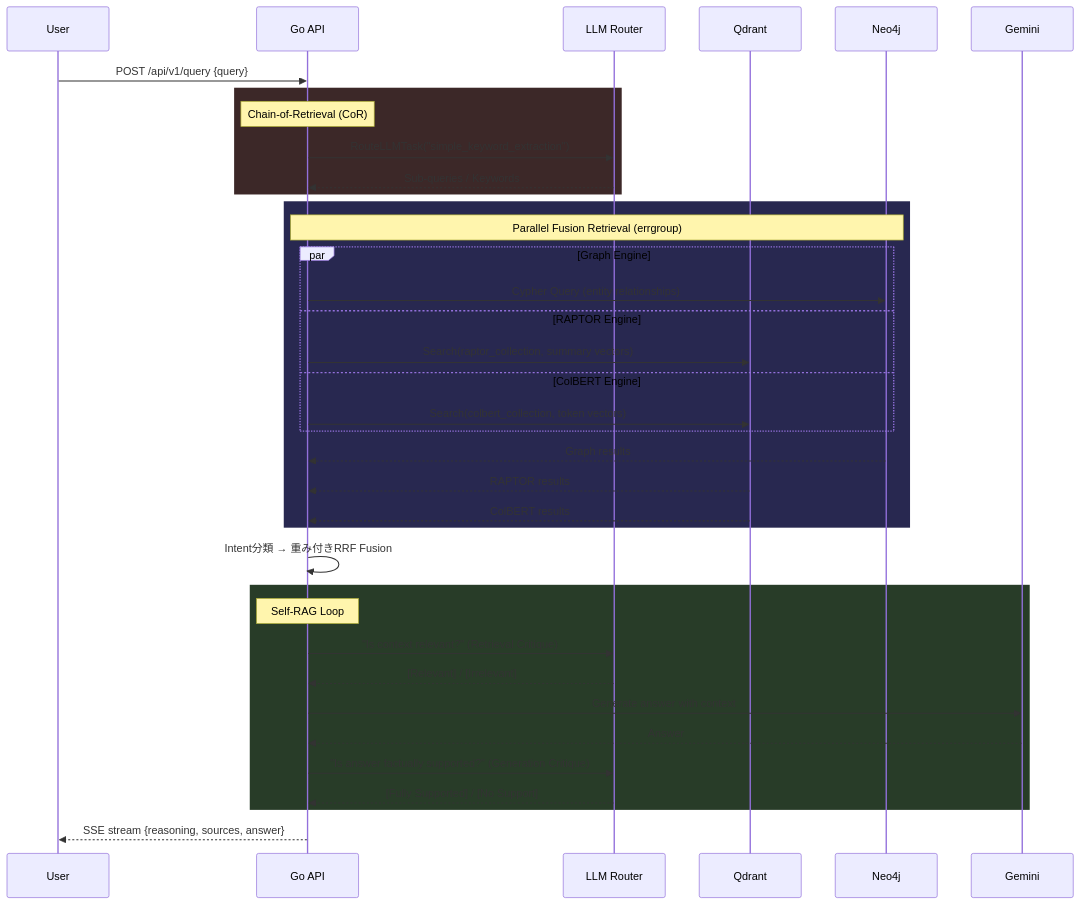
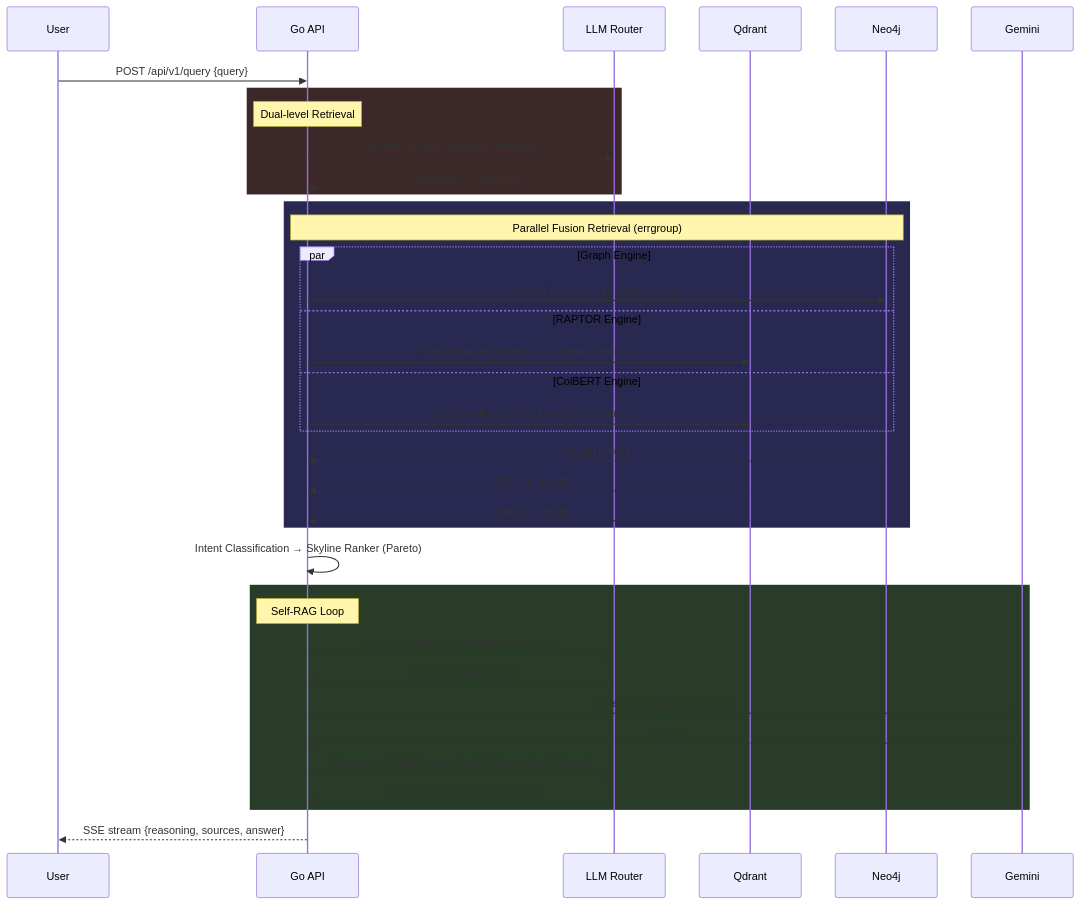
One commit to tamara1031/booksage changed the third of 3 diagrams in docs/ROADMAP.md. Above: the diagram before and after it, drawn with Mermaid. The commit also changed other lines of this file and 1 other file, not shown here.

Commit message:
docs: Translate algorithm and roadmap documentation from Japanese to English.

````diff
--- a/docs/ROADMAP.md
+++ b/docs/ROADMAP.md
@@ -172,45 +172,45 @@
 ```mermaid
 sequenceDiagram
     participant User
     participant API as Go API
     participant LLM as LLM Router
     participant Qdrant
     participant Neo4j
     participant Gemini
 
     User->>API: POST /api/v1/query {query}
 
     rect rgb(60, 40, 40)
-    Note over API: Chain-of-Retrieval (CoR)
-    API->>LLM: RouteLLMTask("simple_keyword_extraction")
+    Note over API: Dual-level Retrieval
+    API->>LLM: RouteLLMTask("keyword_extraction")
     LLM-->>API: Sub-queries / Keywords
     end
 
     rect rgb(40, 40, 80)
     Note over API,Neo4j: Parallel Fusion Retrieval (errgroup)
     par Graph Engine
         API->>Neo4j: Cypher Query (entity relationships)
     and RAPTOR Engine
         API->>Qdrant: Search(raptor_collection, summary vectors)
     and ColBERT Engine
         API->>Qdrant: Search(colbert_collection, token vectors)
     end
     Neo4j-->>API: Graph results
     Qdrant-->>API: RAPTOR results
     Qdrant-->>API: ColBERT results
     end
 
-    API->>API: Intent分類 → 重み付きRRF Fusion
+    API->>API: Intent Classification → Skyline Ranker (Pareto)
 
     rect rgb(40, 60, 40)
     Note over API: Self-RAG Loop
     API->>LLM: "Is context relevant?" (Retrieval Critique)
     LLM-->>API: [Relevant] / [Irrelevant]
     API->>Gemini: Generate answer with context
     Gemini-->>API: Answer
     API->>LLM: "Is answer factually supported?" (Generation Critique)
     LLM-->>API: [Fully Supported] / [No Support]
     end
 
     API-->>User: SSE stream {reasoning, sources, answer}
 ```
````
